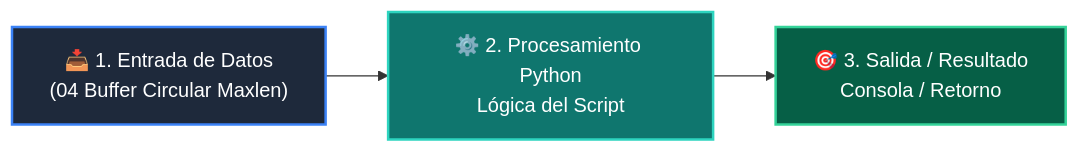
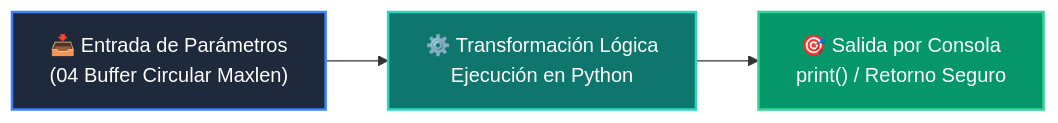
Before and after one commit to wisrovi/wisrovi-python: the diagram in 02-algoritmos-estructuras/clase-02-pilas-y-colas/ejemplos/ejemplo_04_buffer_circular_maxlen/README.md, drawn with Mermaid. The commit also changed other lines of this file and 226 other files, not shown here.

Commit message:
docs: elevate all repository READMEs to world-class mastery standard with rich pedagogical architecture, custom Mermaids, and professional styling

````diff
--- a/02-algoritmos-estructuras/clase-02-pilas-y-colas/ejemplos/ejemplo_04_buffer_circular_maxlen/README.md
+++ b/02-algoritmos-estructuras/clase-02-pilas-y-colas/ejemplos/ejemplo_04_buffer_circular_maxlen/README.md
@@ -12,9 +19,9 @@
 ```mermaid
 flowchart LR
-    A["📥 1. Entrada de Datos<br/>(04 Buffer Circular Maxlen)"] --> B["⚙️ 2. Procesamiento Python<br/>Lógica del Script"]
-    B --> C["🎯 3. Salida / Resultado<br/>Consola / Retorno"]
+    A["📥 Entrada de Parámetros<br/>(04 Buffer Circular Maxlen)"] --> B["⚙️ Transformación Lógica<br/>Ejecución en Python"]
+    B --> C["🎯 Salida por Consola<br/>print() / Retorno Seguro"]
 
-    style A fill:#1e293b,color:#fff,stroke:#3b82f6,stroke-width:2px
-    style B fill:#0f766e,color:#fff,stroke:#2dd4bf,stroke-width:2px
-    style C fill:#065f46,color:#fff,stroke:#34d399,stroke-width:2px
+    style A fill:#1e293b,color:#ffffff,stroke:#3b82f6,stroke-width:2px
+    style B fill:#0f766e,color:#ffffff,stroke:#2dd4bf,stroke-width:2px
+    style C fill:#059669,color:#ffffff,stroke:#34d399,stroke-width:2px
 ```
````
